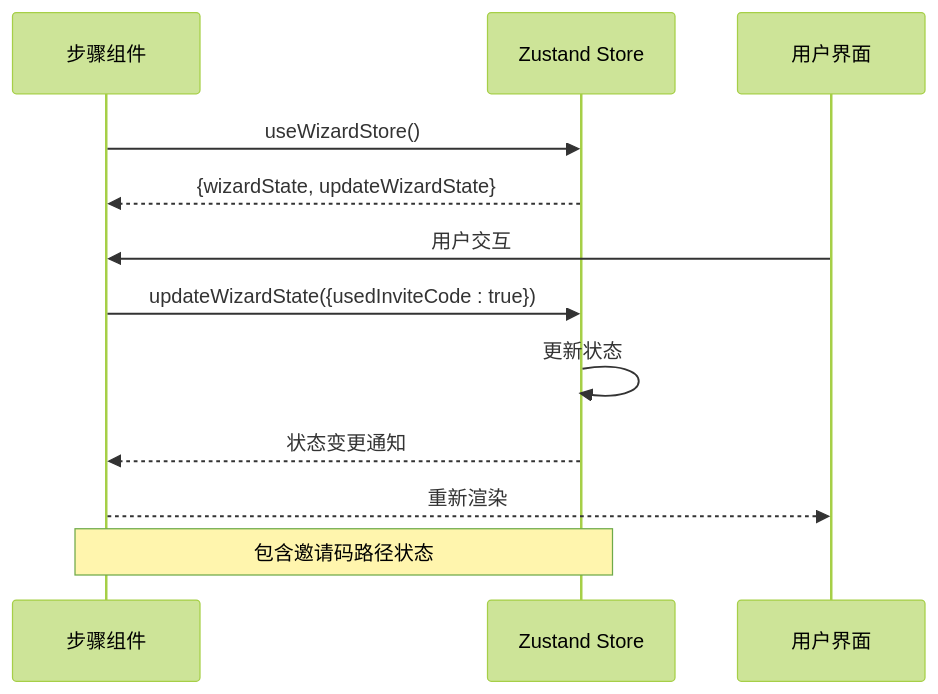
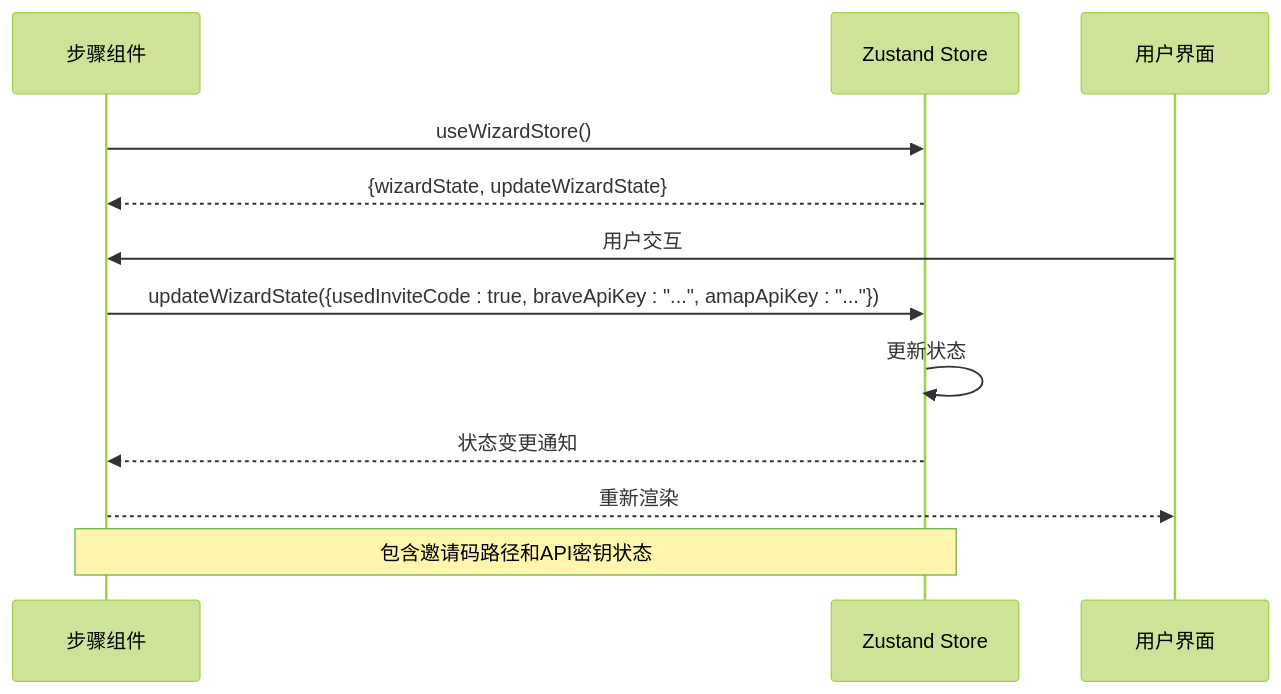
Before and after one commit to verse-ai-org/openclaw: the seventh of 14 diagrams in .qoder/repowiki/zh/content/设置向导状态管理.md, drawn with Mermaid (forest theme). The commit also changed other lines of this file and 7 other files, not shown here.

````diff
--- a/.qoder/repowiki/zh/content/设置向导状态管理.md
+++ b/.qoder/repowiki/zh/content/设置向导状态管理.md
@@ -298,14 +326,14 @@
 ```mermaid
 sequenceDiagram
 participant Step as 步骤组件
 participant Store as Zustand Store
 participant UI as 用户界面
 Step->>Store : useWizardStore()
 Store-->>Step : {wizardState, updateWizardState}
 UI->>Step : 用户交互
-Step->>Store : updateWizardState({usedInviteCode : true})
+Step->>Store : updateWizardState({usedInviteCode : true, braveApiKey : "...", amapApiKey : "..."})
 Store->>Store : 更新状态
 Store-->>Step : 状态变更通知
 Step-->>UI : 重新渲染
-Note over Step,Store : 包含邀请码路径状态
+Note over Step,Store : 包含邀请码路径和API密钥状态
 ```
````
